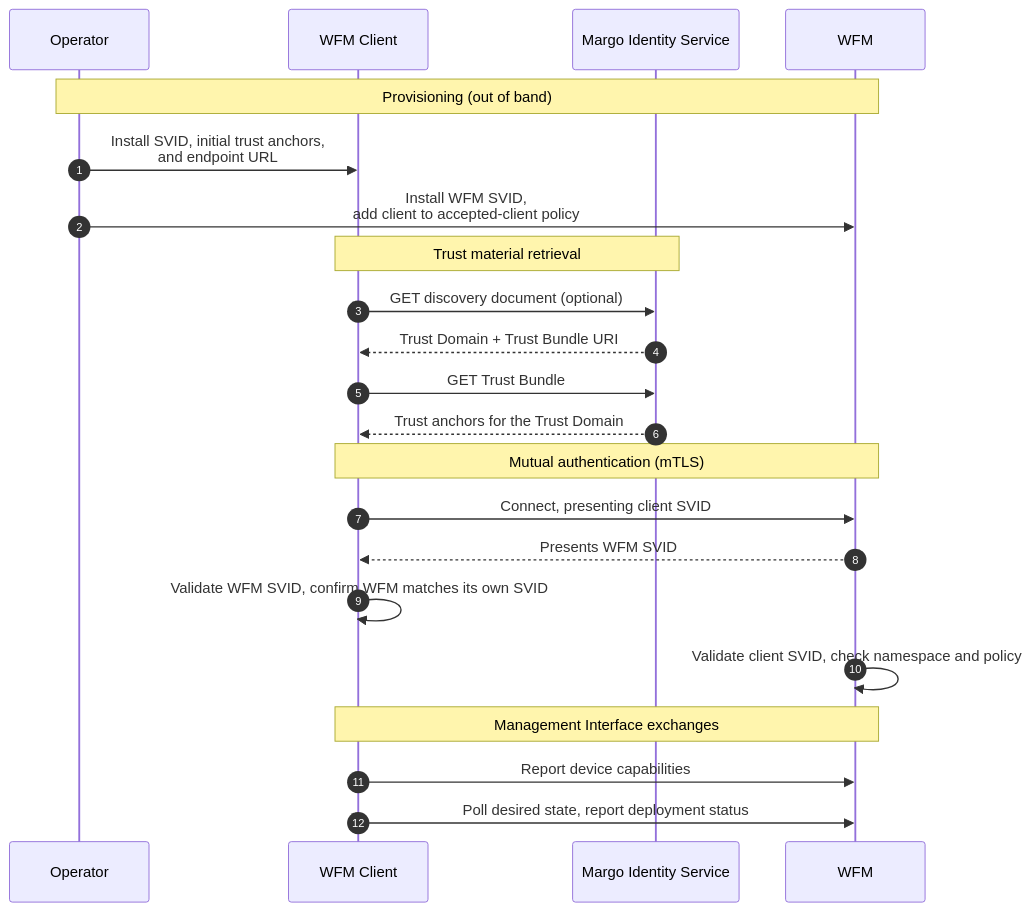
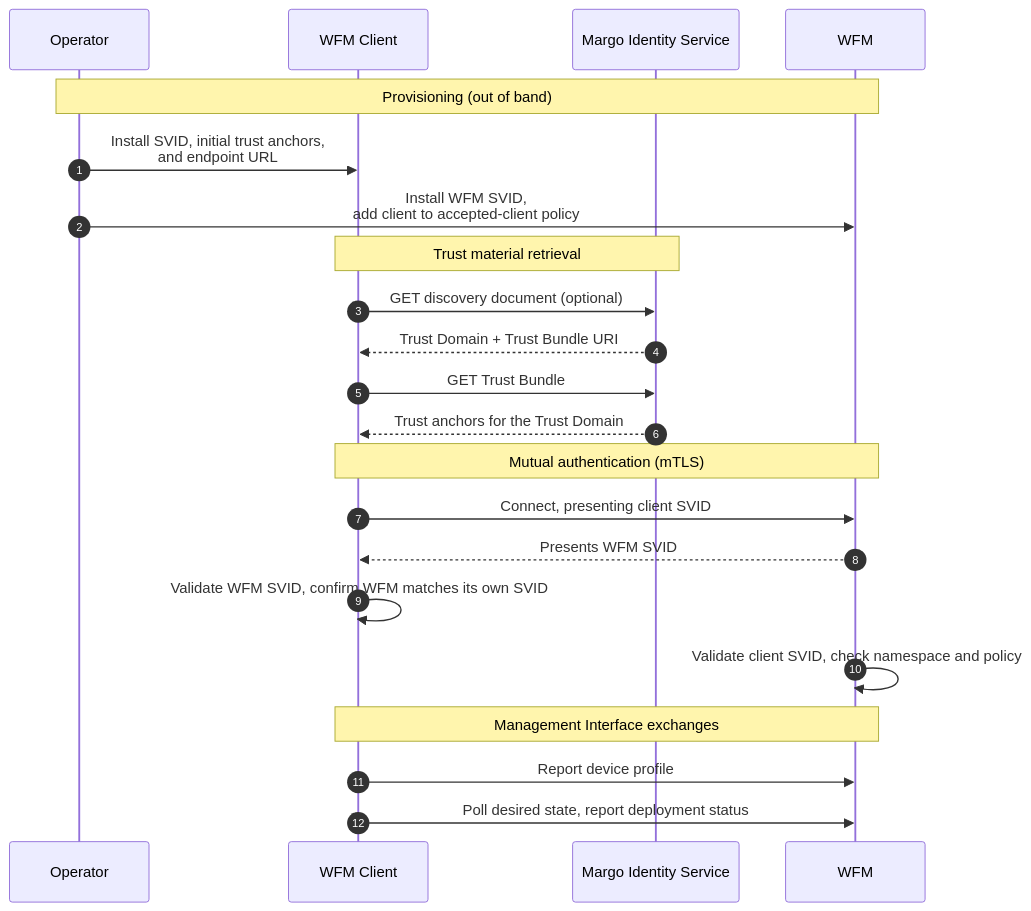
Before and after one commit to margo/general_website_content: the diagram in system-design/concepts/workload-fleet-managers/wfm-client-onboarding.md, drawn with Mermaid. The commit also changed other lines of this file and 4 other files, not shown here.

````diff
--- a/system-design/concepts/workload-fleet-managers/wfm-client-onboarding.md
+++ b/system-design/concepts/workload-fleet-managers/wfm-client-onboarding.md
@@ -38,28 +38,28 @@
 ```mermaid
 sequenceDiagram
     autonumber
     participant Operator
     participant Client as WFM Client
     participant MIS as Margo Identity Service
     participant WFM
 
     Note over Operator,WFM: Provisioning (out of band)
     Operator->>Client: Install SVID, initial trust anchors,<br/>and endpoint URL
     Operator->>WFM: Install WFM SVID,<br/>add client to accepted-client policy
 
     Note over Client,MIS: Trust material retrieval
     Client->>MIS: GET discovery document (optional)
     MIS-->>Client: Trust Domain + Trust Bundle URI
     Client->>MIS: GET Trust Bundle
     MIS-->>Client: Trust anchors for the Trust Domain
 
     Note over Client,WFM: Mutual authentication (mTLS)
     Client->>WFM: Connect, presenting client SVID
     WFM-->>Client: Presents WFM SVID
     Client->>Client: Validate WFM SVID, confirm WFM matches its own SVID
     WFM->>WFM: Validate client SVID, check namespace and policy
 
     Note over Client,WFM: Management Interface exchanges
-    Client->>WFM: Report device capabilities
+    Client->>WFM: Report device profile
     Client->>WFM: Poll desired state, report deployment status
 ```
````
